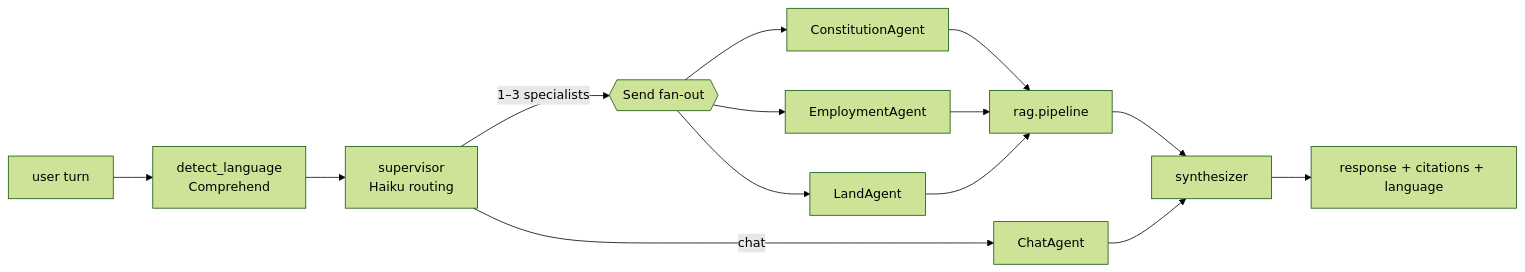
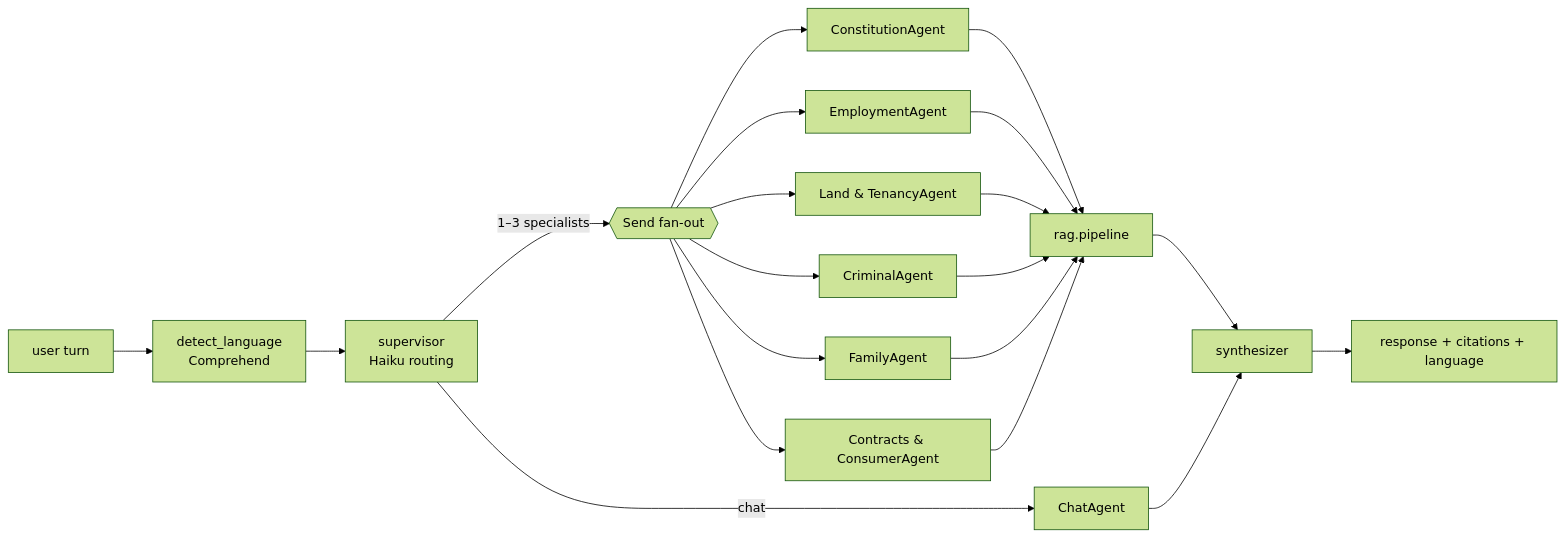
One commit to davenjeru/haki-ai changed the second of 2 diagrams in CLAUDE.md. Above: the diagram before and after it, drawn with Mermaid (forest theme). The commit also changed other lines of this file and 20 other files, not shown here.

````diff
--- a/CLAUDE.md
+++ b/CLAUDE.md
@@ -68,16 +72,22 @@
 ```mermaid
 flowchart LR
   start[user turn] --> lang[detect_language<br/>Comprehend]
   lang --> sup[supervisor<br/>Haiku routing]
   sup -->|chat| chat[ChatAgent]
   sup -->|1–3 specialists| fan{{Send fan-out}}
   fan --> c[ConstitutionAgent]
   fan --> e[EmploymentAgent]
-  fan --> l[LandAgent]
+  fan --> l[Land & TenancyAgent]
+  fan --> cr[CriminalAgent]
+  fan --> fm[FamilyAgent]
+  fan --> co[Contracts & ConsumerAgent]
   c --> pipe[rag.pipeline]
   e --> pipe
   l --> pipe
+  cr --> pipe
+  fm --> pipe
+  co --> pipe
   pipe --> syn[synthesizer]
   chat --> syn
   syn --> outn[response + citations + language]
 ```
````
